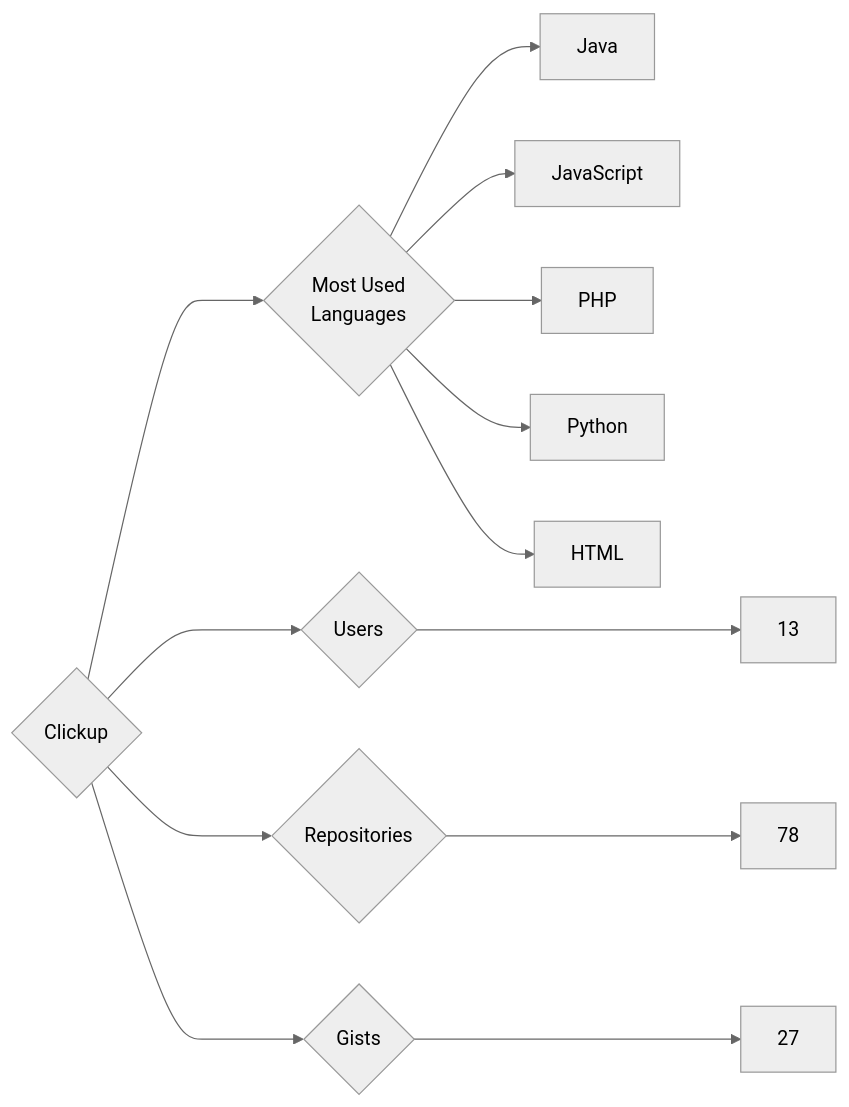
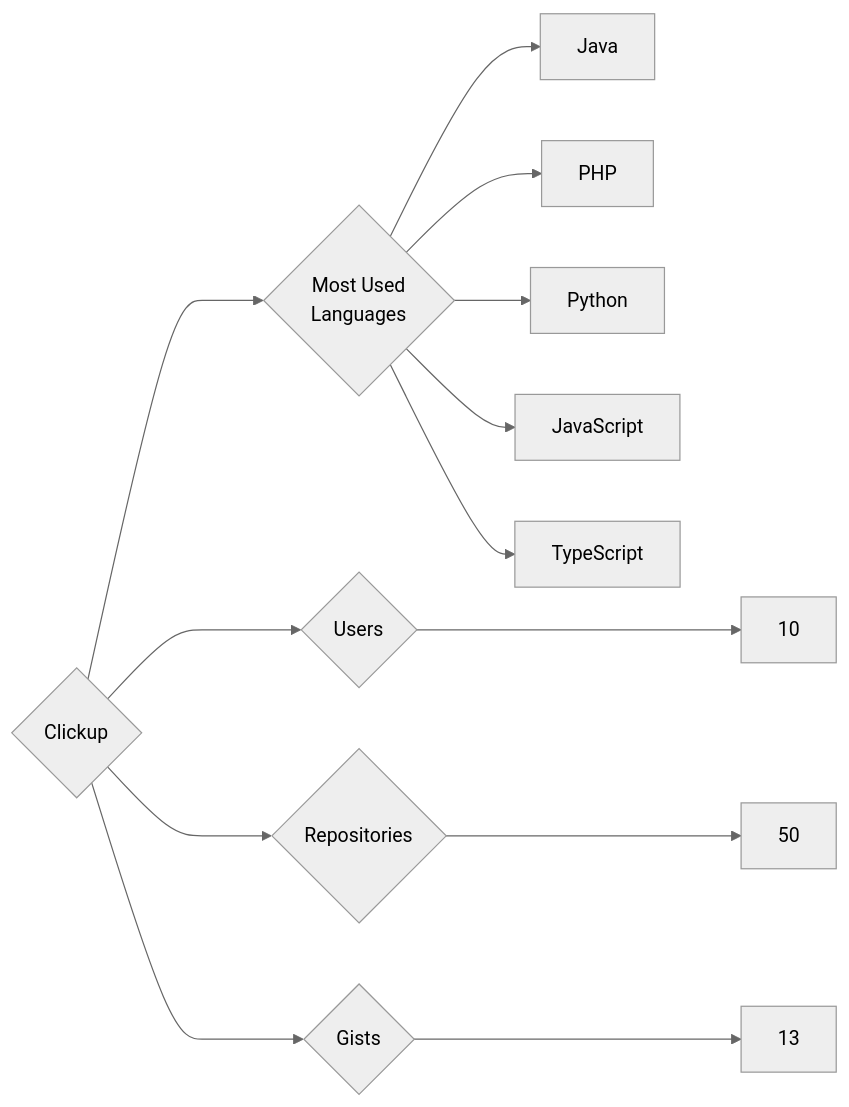
One commit to trickest/insiders changed the diagram in targets/Clickup/README.md. Above: the diagram before and after it, drawn with Mermaid (neutral theme). The commit also changed 857 other files, not shown here.

````diff
--- a/targets/Clickup/README.md
+++ b/targets/Clickup/README.md
@@ -3,13 +3,13 @@
 ```mermaid
 graph LR
 COMPANY_NAME{Clickup}
-COMPANY_NAME ---> U{Users} ---> UN[13]
-COMPANY_NAME ---> R{Repositories} ---> RN[78]
-COMPANY_NAME ---> G{Gists} ---> GN[27]
+COMPANY_NAME ---> U{Users} ---> UN[10]
+COMPANY_NAME ---> R{Repositories} ---> RN[50]
+COMPANY_NAME ---> G{Gists} ---> GN[13]
 COMPANY_NAME ---> ML{Most Used<br>Languages}
 ML --> Java[Java]
-ML --> JavaScript[JavaScript]
 ML --> PHP[PHP]
 ML --> Python[Python]
-ML --> HTML[HTML]
+ML --> JavaScript[JavaScript]
+ML --> TypeScript[TypeScript]
 ```
````
